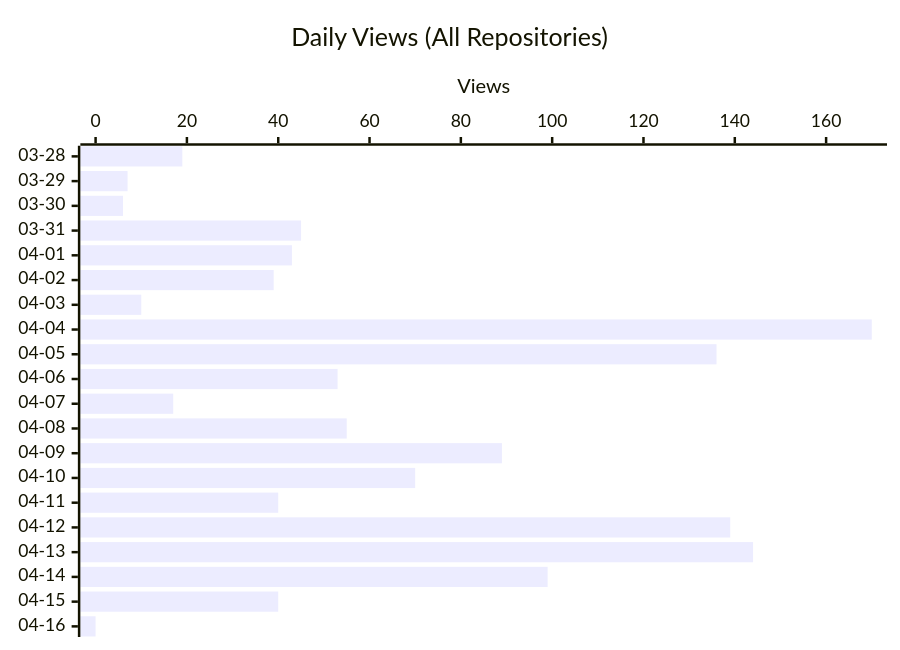
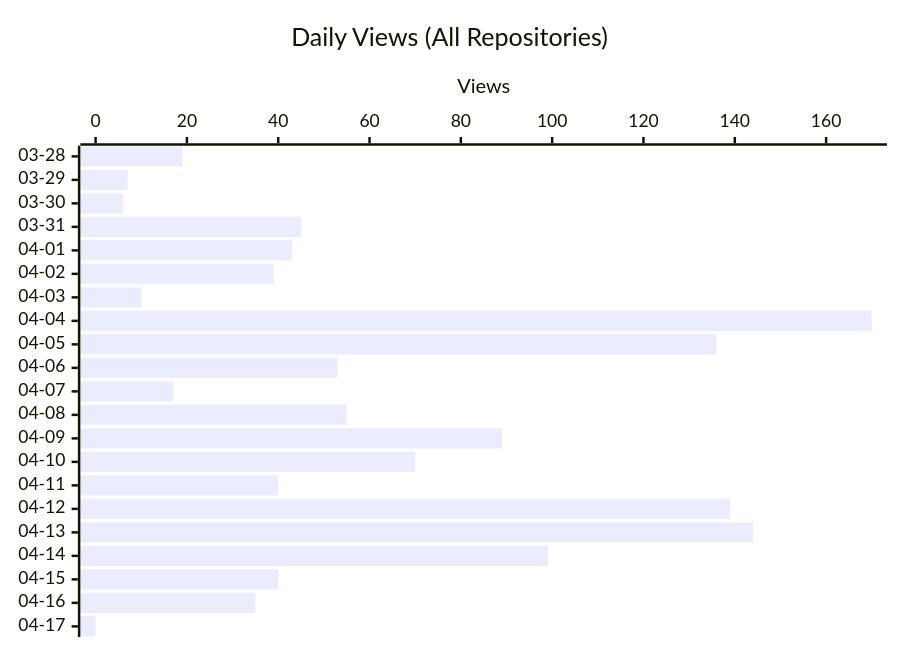
One commit to shigechika/github-insights changed the second of 3 diagrams in README.md. Above: the diagram before and after it, drawn with Mermaid. The commit also changed other lines of this file and 2 other files, not shown here.

````diff
--- a/README.md
+++ b/README.md
@@ -24,7 +24,7 @@
 ```mermaid
 xychart-beta horizontal
     title "Daily Views (All Repositories)"
-    x-axis ["03-28", "03-29", "03-30", "03-31", "04-01", "04-02", "04-03", "04-04", "04-05", "04-06", "04-07", "04-08", "04-09", "04-10", "04-11", "04-12", "04-13", "04-14", "04-15", "04-16"]
+    x-axis ["03-28", "03-29", "03-30", "03-31", "04-01", "04-02", "04-03", "04-04", "04-05", "04-06", "04-07", "04-08", "04-09", "04-10", "04-11", "04-12", "04-13", "04-14", "04-15", "04-16", "04-17"]
     y-axis "Views"
-    bar [19, 7, 6, 45, 43, 39, 10, 170, 136, 53, 17, 55, 89, 70, 40, 139, 144, 99, 40, 0]
+    bar [19, 7, 6, 45, 43, 39, 10, 170, 136, 53, 17, 55, 89, 70, 40, 139, 144, 99, 40, 35, 0]
 ```
````
